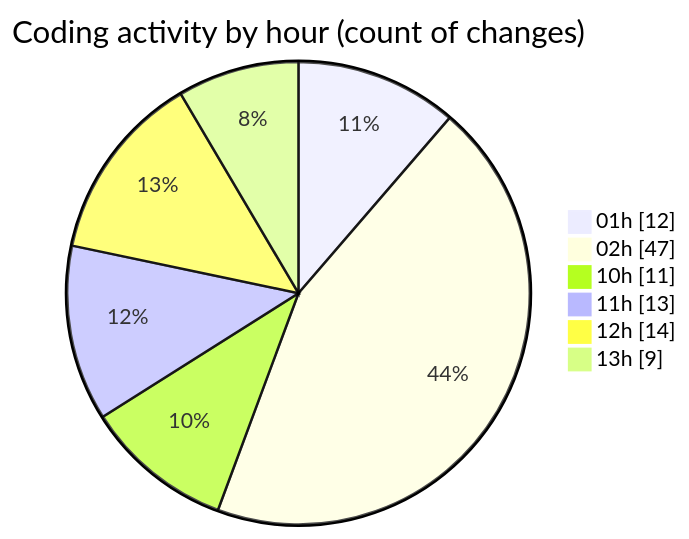
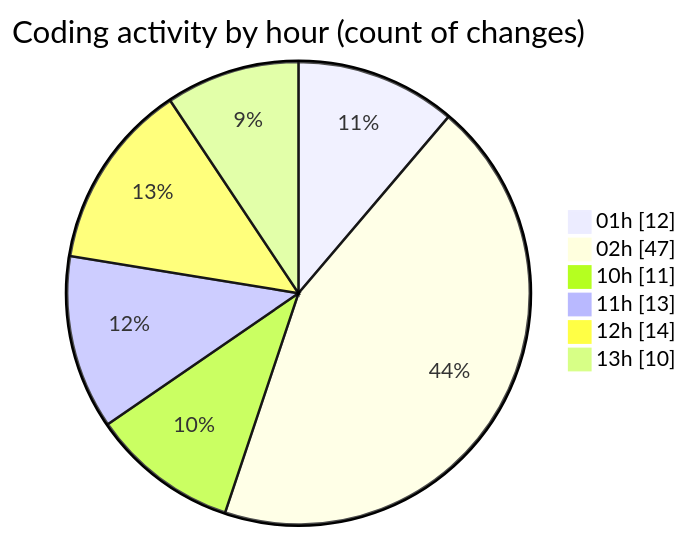
The second of 2 diagrams in 2025-10-24/eventscop-frontend-guide__workspace_/README.md (julien-gomy/code-tracking), drawn with Mermaid before and after one commit. The commit also changed other lines of this file and 1 other file, not shown here.

````diff
--- a/2025-10-24/eventscop-frontend-guide__workspace_/README.md
+++ b/2025-10-24/eventscop-frontend-guide__workspace_/README.md
@@ -60,10 +61,10 @@
 ```mermaid
 pie showData
 title Coding activity by hour (count of changes)
 "01h" : 12
 "02h" : 47
 "10h" : 11
 "11h" : 13
 "12h" : 14
-"13h" : 9
+"13h" : 10
 ```
````
